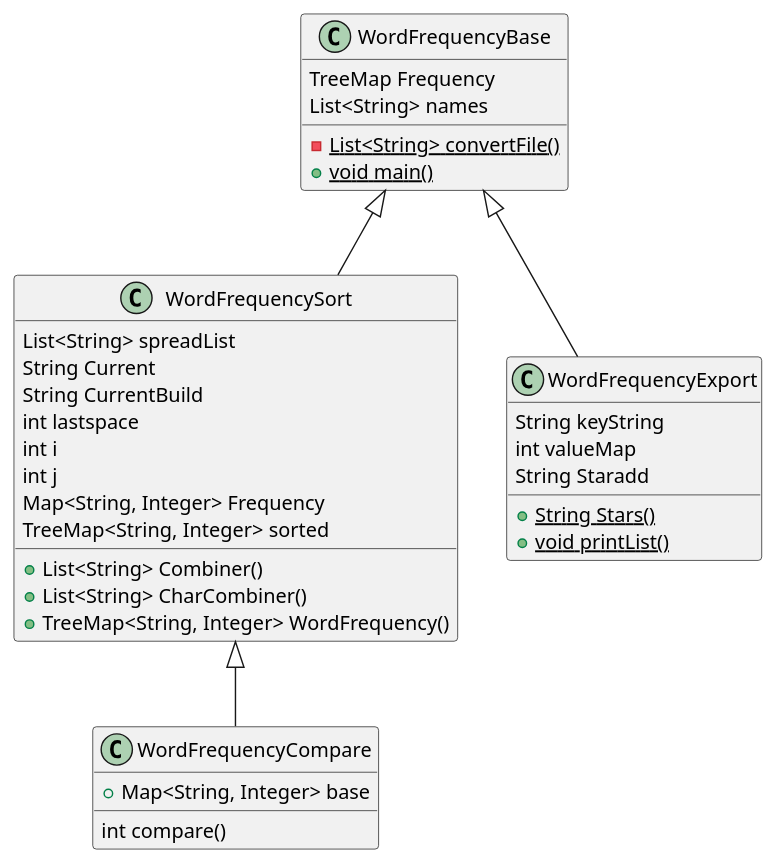
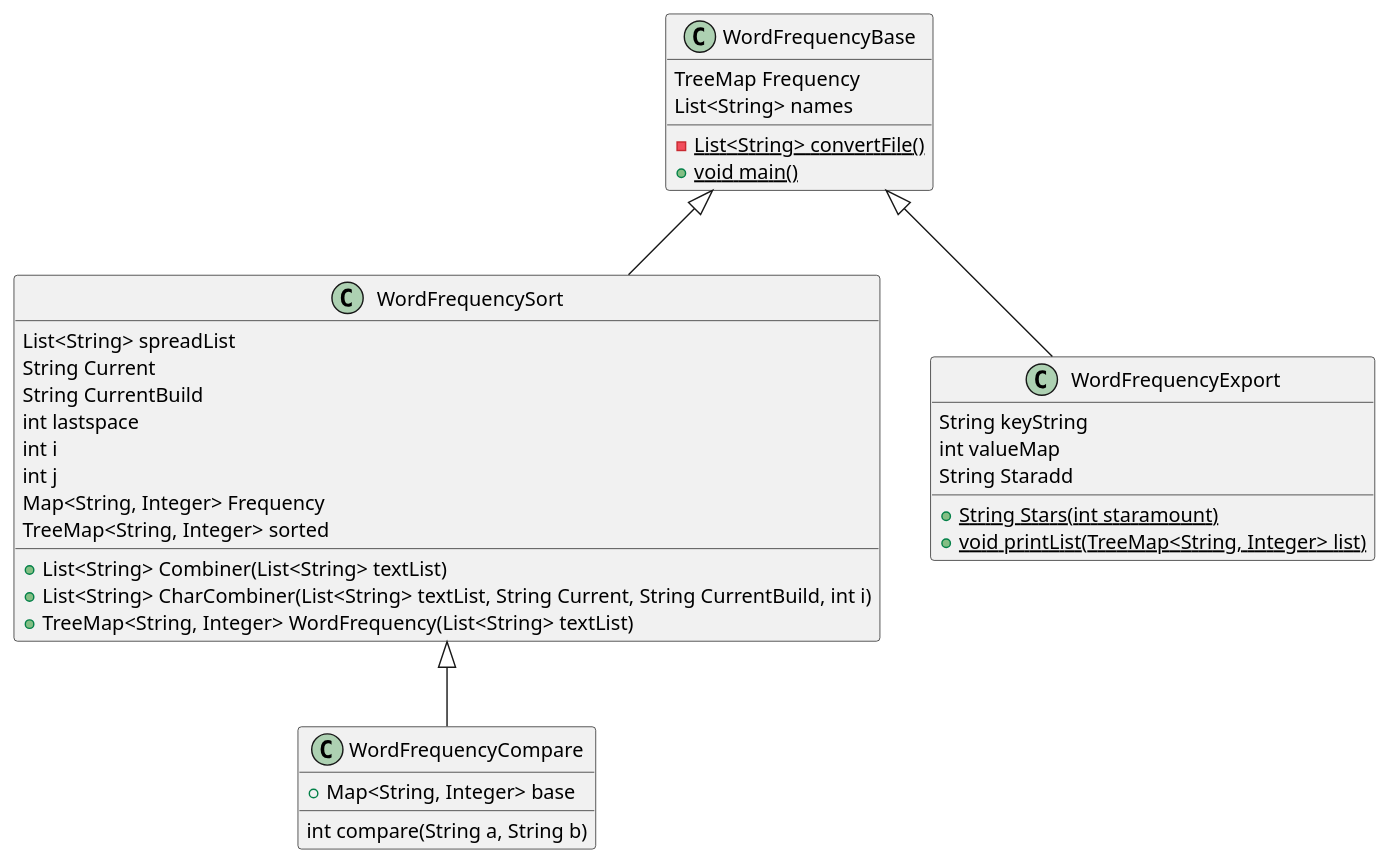
The diagram in docs/ex46.puml (SmokeIce593/parrish-cop3330-assignment3), drawn with PlantUML before and after one commit. The commit also changed 10 other files, not shown here.

```diff
--- a/docs/ex46.puml
+++ b/docs/ex46.puml
@@ -1,43 +1,43 @@
 @startuml
 'https://plantuml.com/class-diagram
 
 
 
 class WordFrequencySort{
-    +List<String> Combiner()
-    +List<String> CharCombiner()
-    +TreeMap<String, Integer> WordFrequency()
+    +List<String> Combiner(List<String> textList)
+    +List<String> CharCombiner(List<String> textList, String Current, String CurrentBuild, int i)
+    +TreeMap<String, Integer> WordFrequency(List<String> textList)
     List<String> spreadList
     String Current
     String CurrentBuild
     int lastspace
     int i
     int j
     Map<String, Integer> Frequency
     TreeMap<String, Integer> sorted
 }
 
 class WordFrequencyBase{
     TreeMap Frequency
     List<String> names
     - {static} List<String> convertFile()
     + {static} void main()
 }
 
 class WordFrequencyExport{
     String keyString
     int valueMap
     String Staradd
-    + {static} String Stars()
-    + {static} void printList()
+    + {static} String Stars(int staramount)
+    + {static} void printList(TreeMap<String, Integer> list)
 }
 
 class WordFrequencyCompare{
-    int compare()
+    int compare(String a, String b)
     +Map<String, Integer> base
 }
 
 WordFrequencyBase <|-- WordFrequencySort
 WordFrequencyBase <|-- WordFrequencyExport
 WordFrequencySort <|-- WordFrequencyCompare
 @enduml
```
